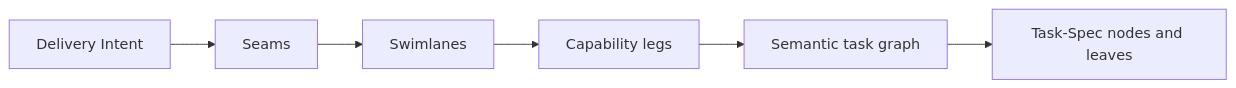
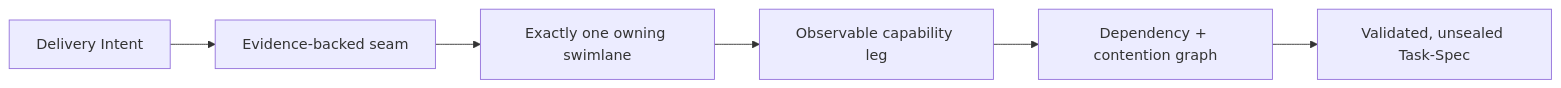
The diagram in docs/project.md (luanmorenommaciel/seamwise), drawn with Mermaid before and after one commit. The commit also changed other lines of this file and 201 other files, not shown here.

````diff
--- a/docs/project.md
+++ b/docs/project.md
@@ -30,8 +57,8 @@
 ```mermaid
 flowchart LR
-    I["Delivery Intent"] --> S["Seams"]
-    S --> W["Swimlanes"]
-    W --> L["Capability legs"]
-    L --> G["Semantic task graph"]
-    G --> T["Task-Spec nodes and leaves"]
+    I["Delivery Intent"] --> S["Evidence-backed seam"]
+    S --> W["Exactly one owning swimlane"]
+    W --> L["Observable capability leg"]
+    L --> G["Dependency + contention graph"]
+    G --> T["Validated, unsealed Task-Spec"]
 ```
````
